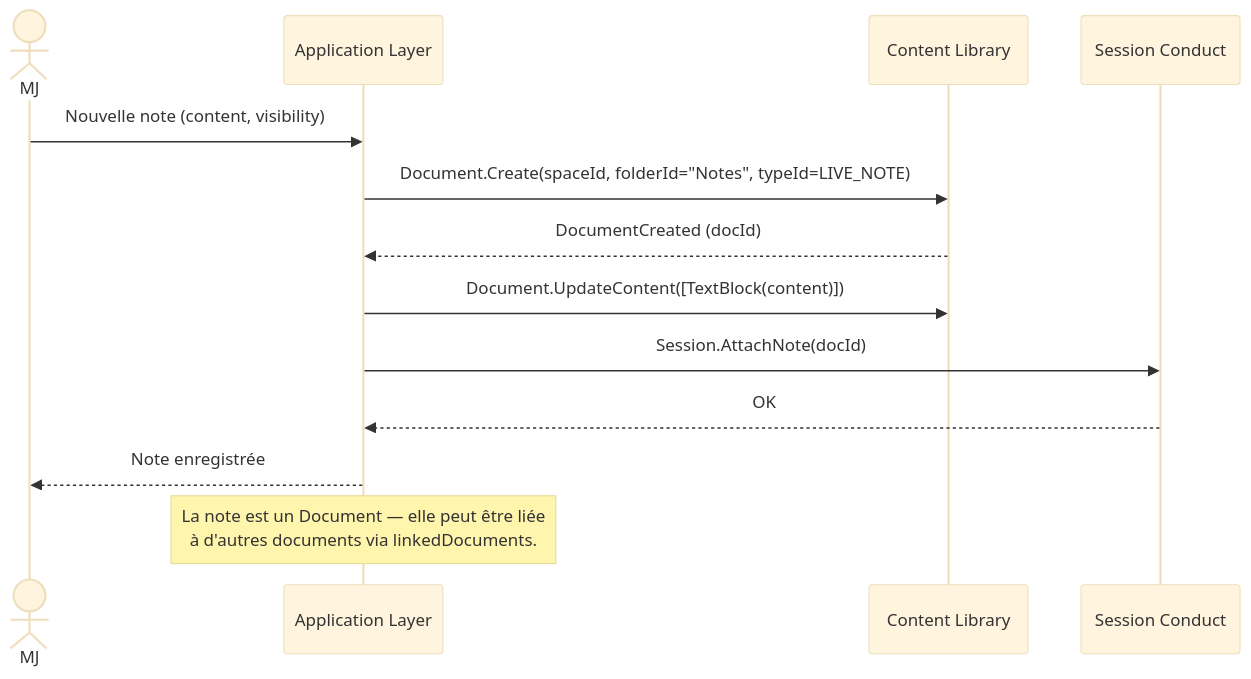
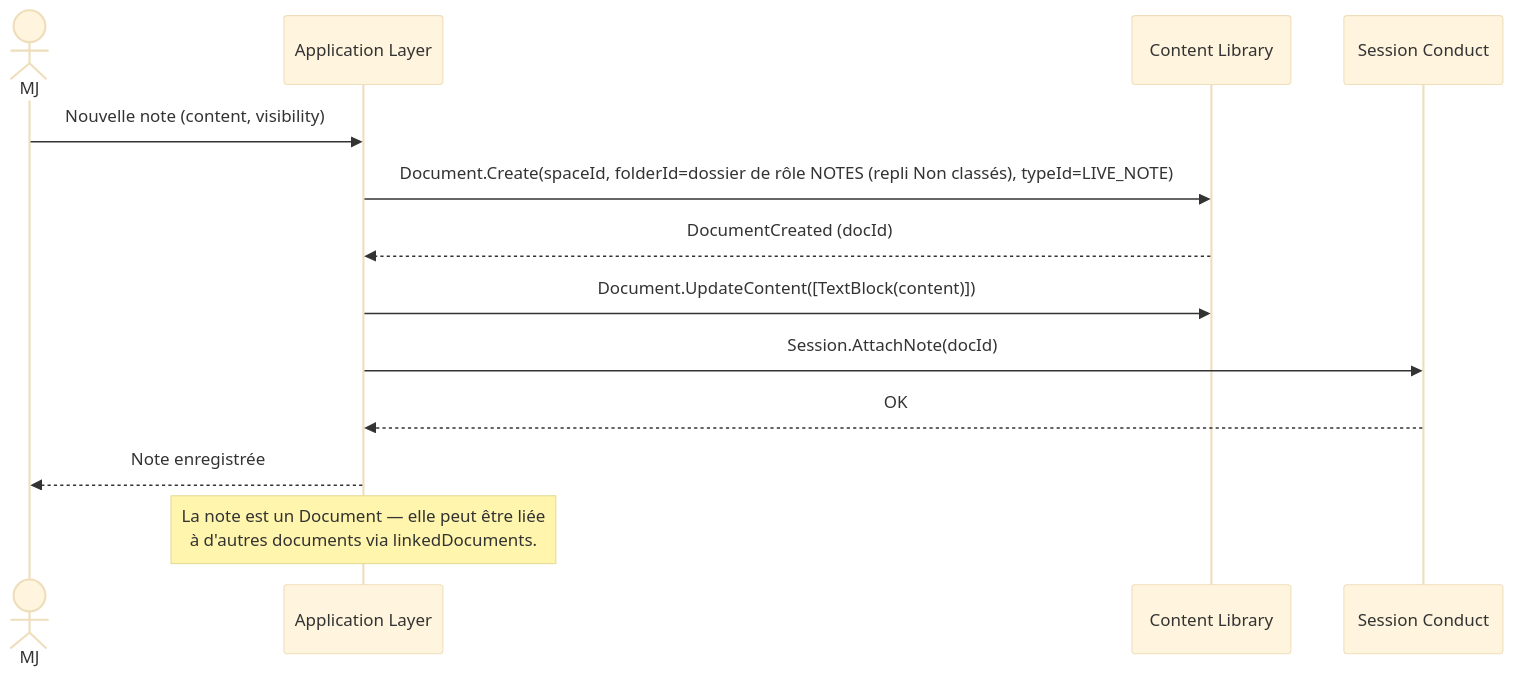
One commit to 2025-10-CDA-ECO-P6/PM-micro-saas changed the sixth of 9 diagrams in docs/domaine/session-conduct/flows.md. Above: the diagram before and after it, drawn with Mermaid (base theme). The commit also changed other lines of this file and 46 other files, not shown here.

````diff
--- a/docs/domaine/session-conduct/flows.md
+++ b/docs/domaine/session-conduct/flows.md
@@ -89,16 +94,16 @@
 ```mermaid
 sequenceDiagram
     actor MJ
     participant App as Application Layer
     participant CL as Content Library
     participant SC as Session Conduct
 
     MJ->>App: Nouvelle note (content, visibility)
-    App->>CL: Document.Create(spaceId, folderId="Notes", typeId=LIVE_NOTE)
+    App->>CL: Document.Create(spaceId, folderId=dossier de rôle NOTES (repli Non classés), typeId=LIVE_NOTE)
     CL-->>App: DocumentCreated (docId)
     App->>CL: Document.UpdateContent([TextBlock(content)])
     App->>SC: Session.AttachNote(docId)
     SC-->>App: OK
     App-->>MJ: Note enregistrée
     Note over App: La note est un Document — elle peut être liée<br/>à d'autres documents via linkedDocuments.
 ```
````
